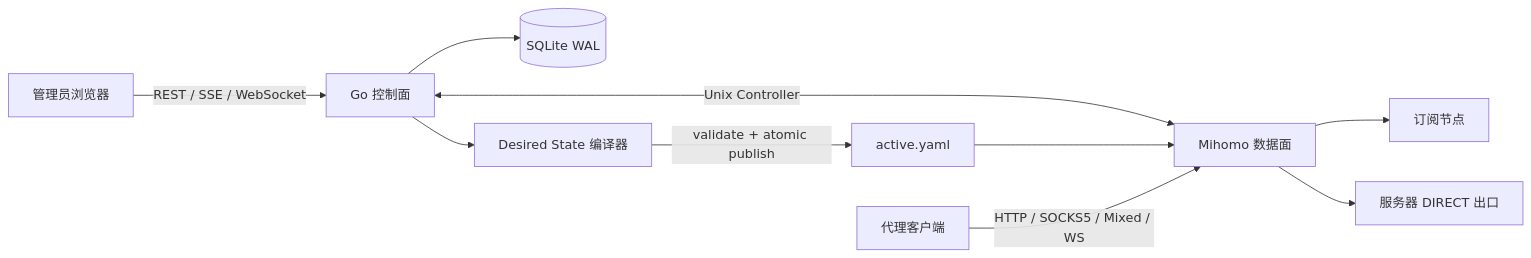
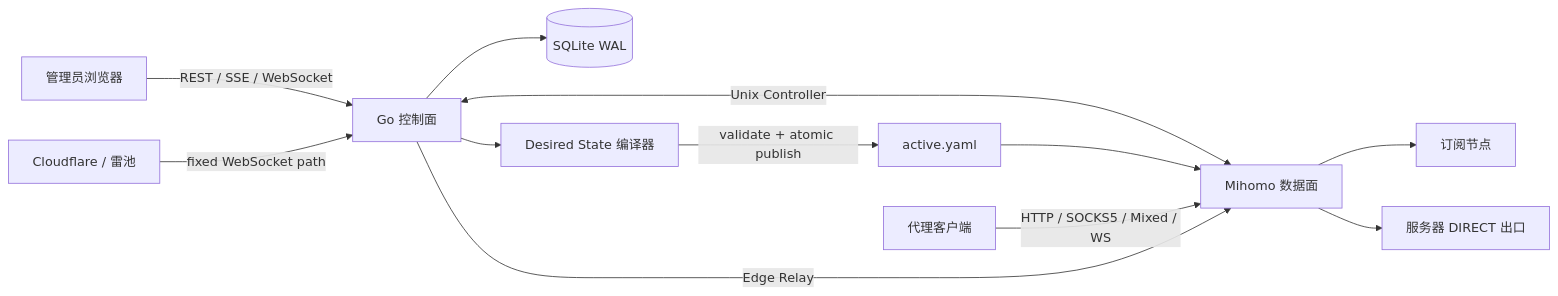
One commit to HengXin666/HX-ProxyGroup changed the diagram in README.md. Above: the diagram before and after it, drawn with Mermaid. The commit also changed other lines of this file and 32 other files, not shown here.

````diff
--- a/README.md
+++ b/README.md
@@ -113,12 +114,14 @@
 ```mermaid
 flowchart LR
     Admin[管理员浏览器] -->|REST / SSE / WebSocket| CP[Go 控制面]
     CP --> DB[(SQLite WAL)]
     CP --> Compiler[Desired State 编译器]
     Compiler -->|validate + atomic publish| Config[active.yaml]
     CP <-->|Unix Controller| DP[Mihomo 数据面]
     Config --> DP
     DP --> Nodes[订阅节点]
     DP --> Direct[服务器 DIRECT 出口]
     Clients[代理客户端] -->|HTTP / SOCKS5 / Mixed / WS| DP
+    RP[Cloudflare / 雷池] -->|fixed WebSocket path| CP
+    CP -->|Edge Relay| DP
 ```
````
